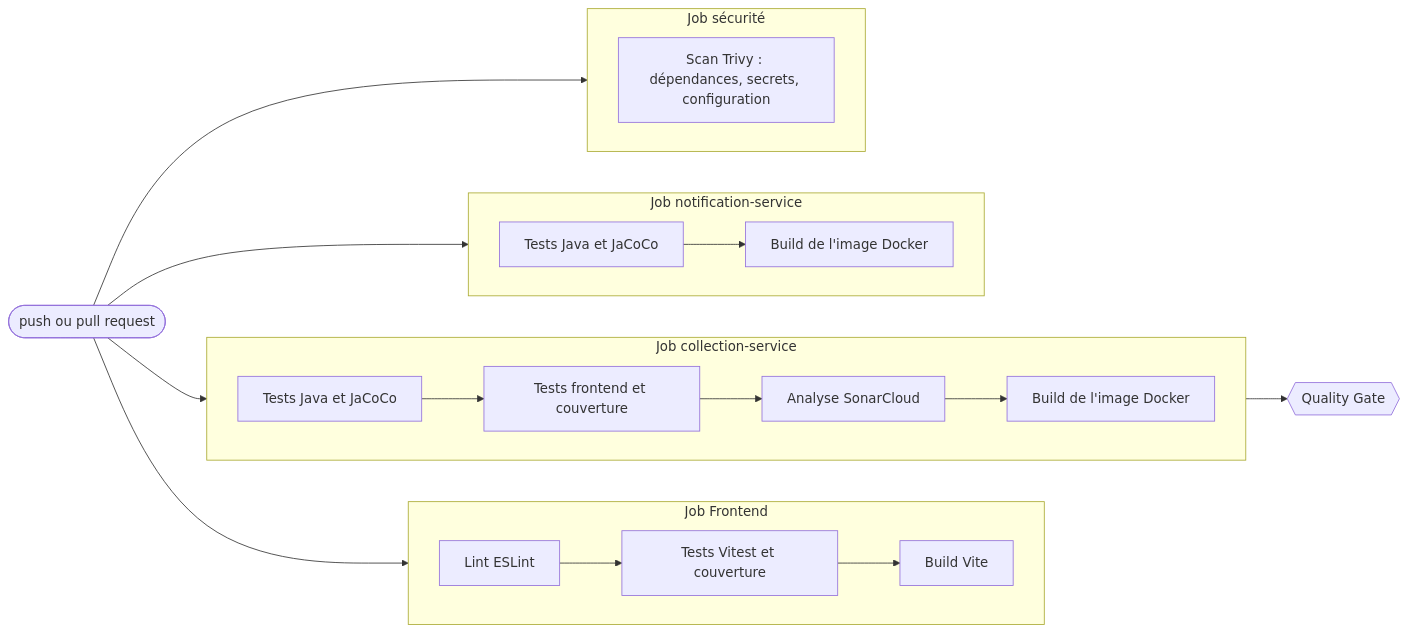
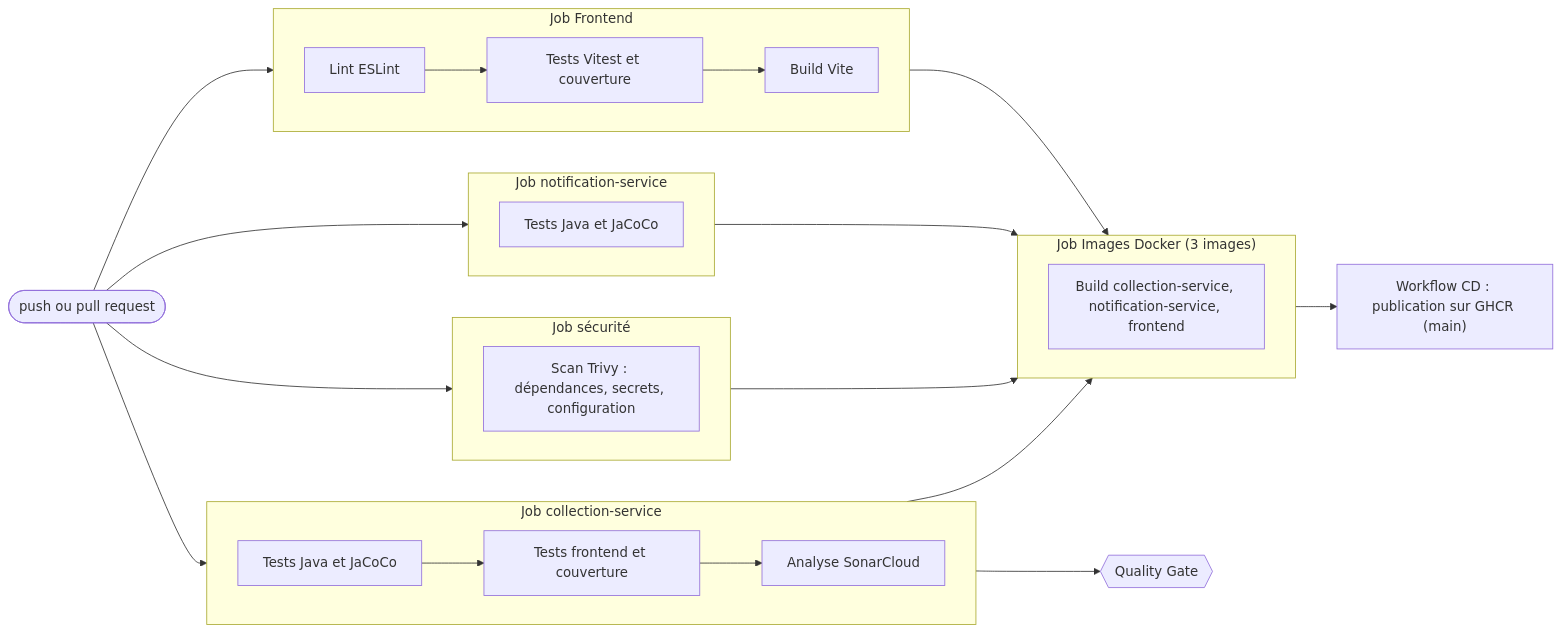
One commit to WALAAHAJJ/collector-indiv changed the diagram in docs/tests.md. Above: the diagram before and after it, drawn with Mermaid. The commit also changed other lines of this file and 1 other file, not shown here.

Commit message:
docs: pipeline en deux étapes (contrôles, images Docker, puis CD)

````diff
--- a/docs/tests.md
+++ b/docs/tests.md
@@ -28,30 +28,42 @@
 ```mermaid
 flowchart LR
     push(["push ou pull request"])
 
     subgraph fe["Job Frontend"]
         direction LR
         f1["Lint ESLint"] --> f2["Tests Vitest et couverture"] --> f3["Build Vite"]
     end
 
     subgraph cs["Job collection-service"]
         direction LR
-        c1["Tests Java et JaCoCo"] --> c2["Tests frontend et couverture"] --> c3["Analyse SonarCloud"] --> c4["Build de l'image Docker"]
+        c1["Tests Java et JaCoCo"] --> c2["Tests frontend et couverture"] --> c3["Analyse SonarCloud"]
     end
 
     subgraph ns["Job notification-service"]
         direction LR
-        n1["Tests Java et JaCoCo"] --> n2["Build de l'image Docker"]
+        n1["Tests Java et JaCoCo"]
     end
 
     subgraph sec["Job sécurité"]
         direction LR
         s1["Scan Trivy : dépendances, secrets, configuration"]
     end
 
+    subgraph dk["Job Images Docker (3 images)"]
+        direction LR
+        d1["Build collection-service, notification-service, frontend"]
+    end
+
+    cd["Workflow CD : publication sur GHCR (main)"]
+
     push --> fe
     push --> cs
     push --> ns
     push --> sec
+    fe --> dk
+    cs --> dk
+    ns --> dk
+    sec --> dk
     c3 --> gate{{"Quality Gate"}}
+    dk --> cd
 ```
````
